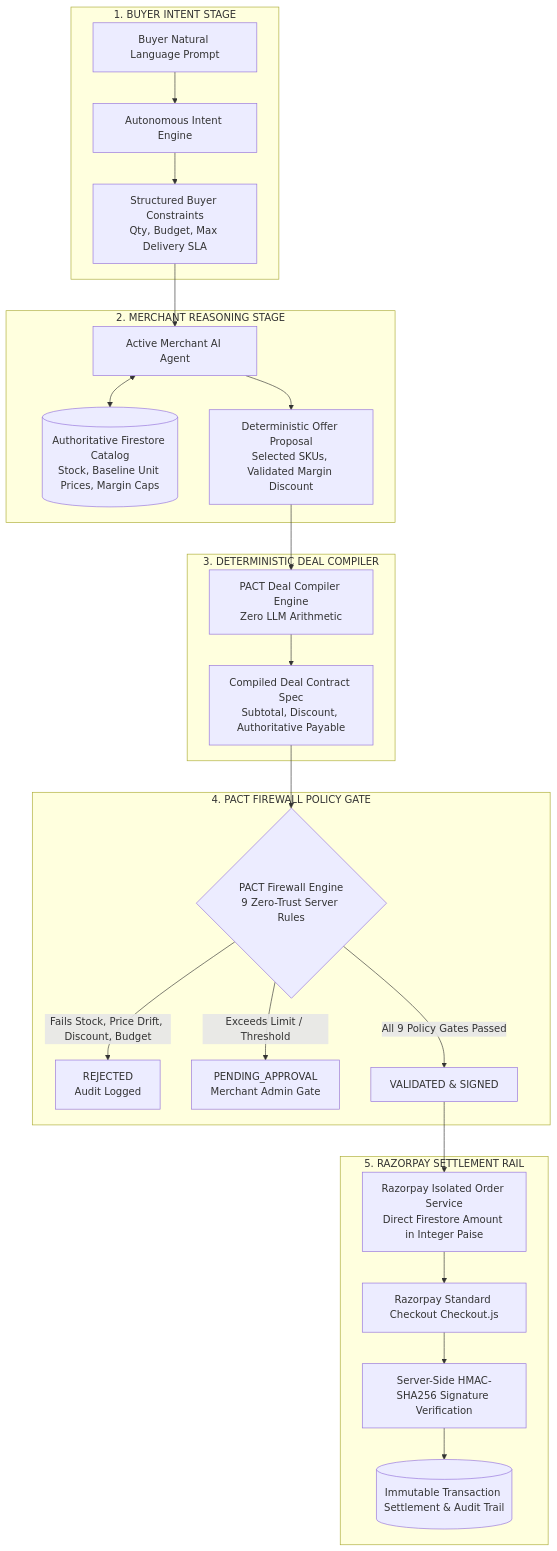
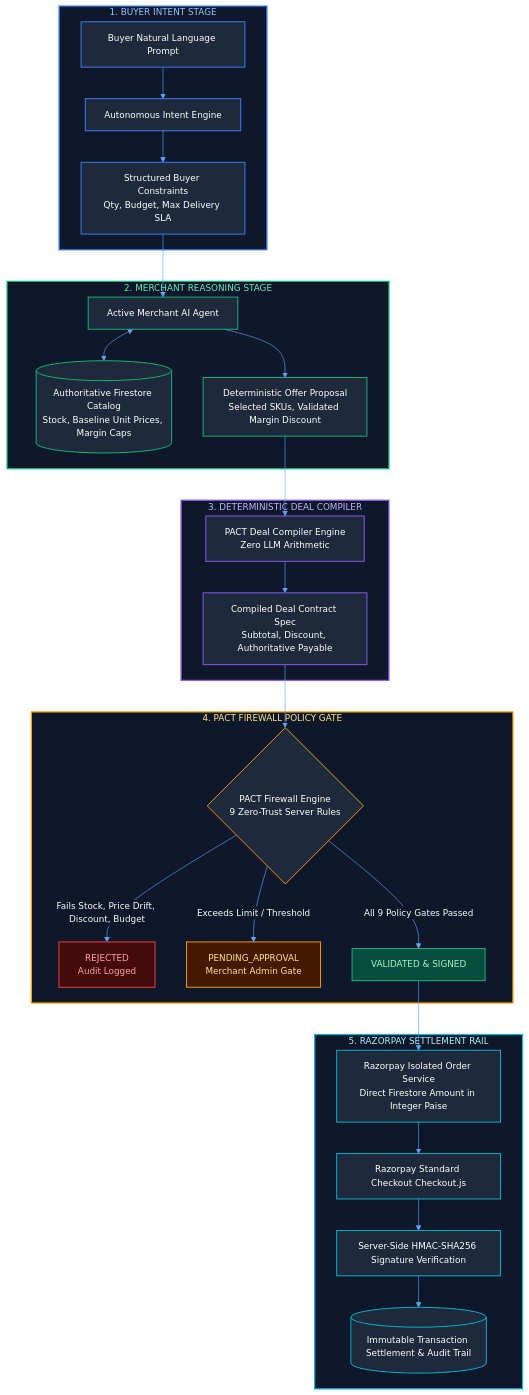
Before and after one commit to sushanth-arun/PACT-razorpay-buildathon: the first of 2 diagrams in README.md, drawn with Mermaid. The commit also changed other lines of this file, not shown here.

Commit message:
docs: improve Mermaid diagram theme and text contrast for GitHub dark/light modes

````diff
--- a/README.md
+++ b/README.md
@@ -12,32 +12,56 @@
 ```mermaid
+%%{init: {'theme': 'base', 'themeVariables': { 'primaryColor': '#1e293b', 'primaryTextColor': '#f8fafc', 'primaryBorderColor': '#3b82f6', 'lineColor': '#60a5fa', 'secondaryColor': '#0f172a', 'tertiaryColor': '#1e1e2e', 'textColor': '#f8fafc', 'fontSize': '14px' }}}%%
 flowchart TD
     subgraph Buyer_Layer["1. BUYER INTENT STAGE"]
-        A[Buyer Natural Language Prompt] --> B[Autonomous Intent Engine]
-        B --> C[Structured Buyer Constraints\nQty, Budget, Max Delivery SLA]
+        A["Buyer Natural Language Prompt"] --> B["Autonomous Intent Engine"]
+        B --> C["Structured Buyer Constraints<br/>Qty, Budget, Max Delivery SLA"]
     end
 
     subgraph Merchant_Layer["2. MERCHANT REASONING STAGE"]
-        C --> D[Active Merchant AI Agent]
-        D <--> E[(Authoritative Firestore Catalog\nStock, Baseline Unit Prices, Margin Caps)]
-        D --> F[Deterministic Offer Proposal\nSelected SKUs, Validated Margin Discount]
+        C --> D["Active Merchant AI Agent"]
+        D <--> E[("Authoritative Firestore Catalog<br/>Stock, Baseline Unit Prices, Margin Caps")]
+        D --> F["Deterministic Offer Proposal<br/>Selected SKUs, Validated Margin Discount"]
     end
 
     subgraph Compiler_Layer["3. DETERMINISTIC DEAL COMPILER"]
-        F --> G[PACT Deal Compiler Engine\nZero LLM Arithmetic]
-        G --> H[Compiled Deal Contract Spec\nSubtotal, Discount, Authoritative Payable]
+        F --> G["PACT Deal Compiler Engine<br/>Zero LLM Arithmetic"]
+        G --> H["Compiled Deal Contract Spec<br/>Subtotal, Discount, Authoritative Payable"]
     end
 
     subgraph Firewall_Layer["4. PACT FIREWALL POLICY GATE"]
-        H --> I{PACT Firewall Engine\n9 Zero-Trust Server Rules}
-        I -->|Fails Stock, Price Drift, Discount, Budget| J[REJECTED\nAudit Logged]
-        I -->|Exceeds Limit / Threshold| K[PENDING_APPROVAL\nMerchant Admin Gate]
-        I -->|All 9 Policy Gates Passed| L[VALIDATED & SIGNED]
+        H --> I{"PACT Firewall Engine<br/>9 Zero-Trust Server Rules"}
+        I -->|Fails Stock, Price Drift, Discount, Budget| J["REJECTED<br/>Audit Logged"]
+        I -->|Exceeds Limit / Threshold| K["PENDING_APPROVAL<br/>Merchant Admin Gate"]
+        I -->|All 9 Policy Gates Passed| L["VALIDATED & SIGNED"]
     end
 
     subgraph Settlement_Layer["5. RAZORPAY SETTLEMENT RAIL"]
-        L --> M[Razorpay Isolated Order Service\nDirect Firestore Amount in Integer Paise]
-        M --> N[Razorpay Standard Checkout Checkout.js]
-        N --> O[Server-Side HMAC-SHA256 Signature Verification]
-        O --> P[(Immutable Transaction Settlement & Audit Trail)]
+        L --> M["Razorpay Isolated Order Service<br/>Direct Firestore Amount in Integer Paise"]
+        M --> N["Razorpay Standard Checkout Checkout.js"]
+        N --> O["Server-Side HMAC-SHA256 Signature Verification"]
+        O --> P[("Immutable Transaction Settlement & Audit Trail")]
     end
+
+    style Buyer_Layer fill:#0f172a,stroke:#3b82f6,stroke-width:2px,color:#93c5fd
+    style Merchant_Layer fill:#0f172a,stroke:#10b981,stroke-width:2px,color:#6ee7b7
+    style Compiler_Layer fill:#0f172a,stroke:#8b5cf6,stroke-width:2px,color:#c4b5fd
+    style Firewall_Layer fill:#0f172a,stroke:#f59e0b,stroke-width:2px,color:#fde68a
+    style Settlement_Layer fill:#0f172a,stroke:#06b6d4,stroke-width:2px,color:#a5f3fc
+
+    style A fill:#1e293b,stroke:#3b82f6,stroke-width:1.5px,color:#ffffff
+    style B fill:#1e293b,stroke:#3b82f6,stroke-width:1.5px,color:#ffffff
+    style C fill:#1e293b,stroke:#3b82f6,stroke-width:1.5px,color:#ffffff
+    style D fill:#1e293b,stroke:#10b981,stroke-width:1.5px,color:#ffffff
+    style E fill:#1e293b,stroke:#10b981,stroke-width:1.5px,color:#ffffff
+    style F fill:#1e293b,stroke:#10b981,stroke-width:1.5px,color:#ffffff
+    style G fill:#1e293b,stroke:#8b5cf6,stroke-width:1.5px,color:#ffffff
+    style H fill:#1e293b,stroke:#8b5cf6,stroke-width:1.5px,color:#ffffff
+    style I fill:#1e293b,stroke:#f59e0b,stroke-width:1.5px,color:#ffffff
+    style J fill:#450a0a,stroke:#ef4444,stroke-width:1.5px,color:#fca5a5
+    style K fill:#451a03,stroke:#f59e0b,stroke-width:1.5px,color:#fde68a
+    style L fill:#064e3b,stroke:#10b981,stroke-width:1.5px,color:#a7f3d0
+    style M fill:#1e293b,stroke:#06b6d4,stroke-width:1.5px,color:#ffffff
+    style N fill:#1e293b,stroke:#06b6d4,stroke-width:1.5px,color:#ffffff
+    style O fill:#1e293b,stroke:#06b6d4,stroke-width:1.5px,color:#ffffff
+    style P fill:#1e293b,stroke:#06b6d4,stroke-width:1.5px,color:#ffffff
 ```
````
